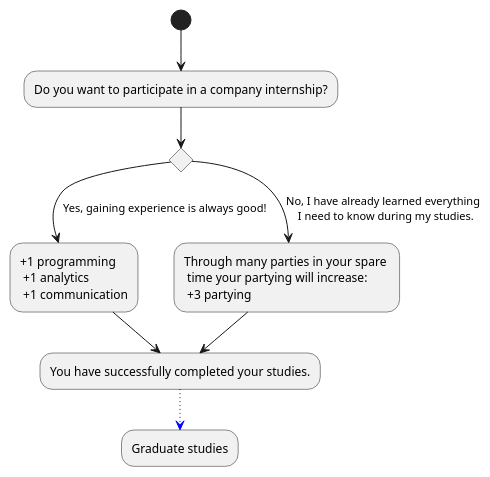
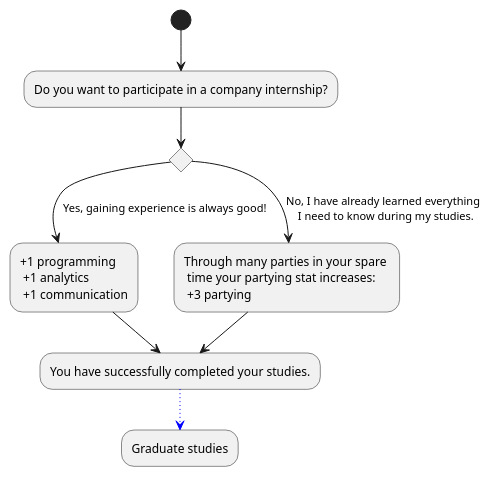
The diagram in Docs/Technical Specifications/docs/diagrams/StoryFlow/StoryFlow_Decision_3.puml (Brotenko/QualityQuest), drawn with PlantUML before and after one commit.

Commit message:
Update Docs/Technical Specifications/docs/diagrams/StoryFlow/StoryFlow_Decision_3.puml

```diff
--- a/Docs/Technical Specifications/docs/diagrams/StoryFlow/StoryFlow_Decision_3.puml
+++ b/Docs/Technical Specifications/docs/diagrams/StoryFlow/StoryFlow_Decision_3.puml
@@ -1,19 +1,19 @@
 @startuml
 (*) --> "Do you want to participate in a company internship?"
 if "" then
 --> [Yes, gaining experience is always good!] "+1 programming \n +1 analytics \n +1 communication" as ja
 else
---> [No, I have already learned everything \n I need to know during my studies.] "Through many parties in your spare \n time your partying will increase:\n +3 partying " as nein
+--> [No, I have already learned everything \n I need to know during my studies.] "Through many parties in your spare \n time your partying stat increases:\n +3 partying " as nein
 
 ja --> "You have successfully completed your studies." as a
 nein --> a
 
 
 
 
 
 -[#blue,dotted]-> "Graduate studies"
 
 
 
 @enduml
```
